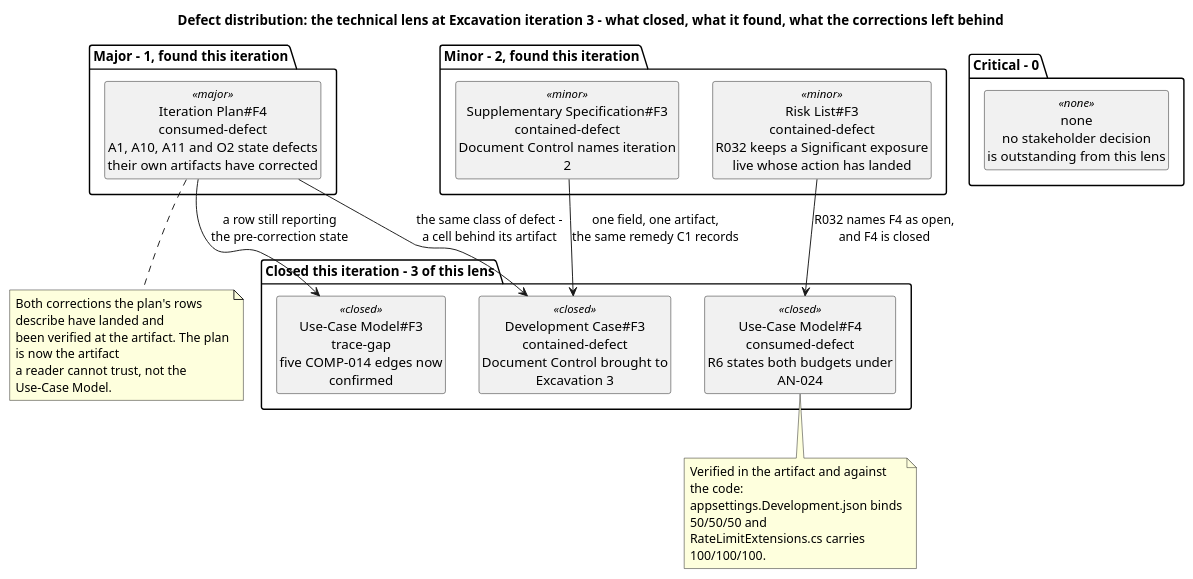
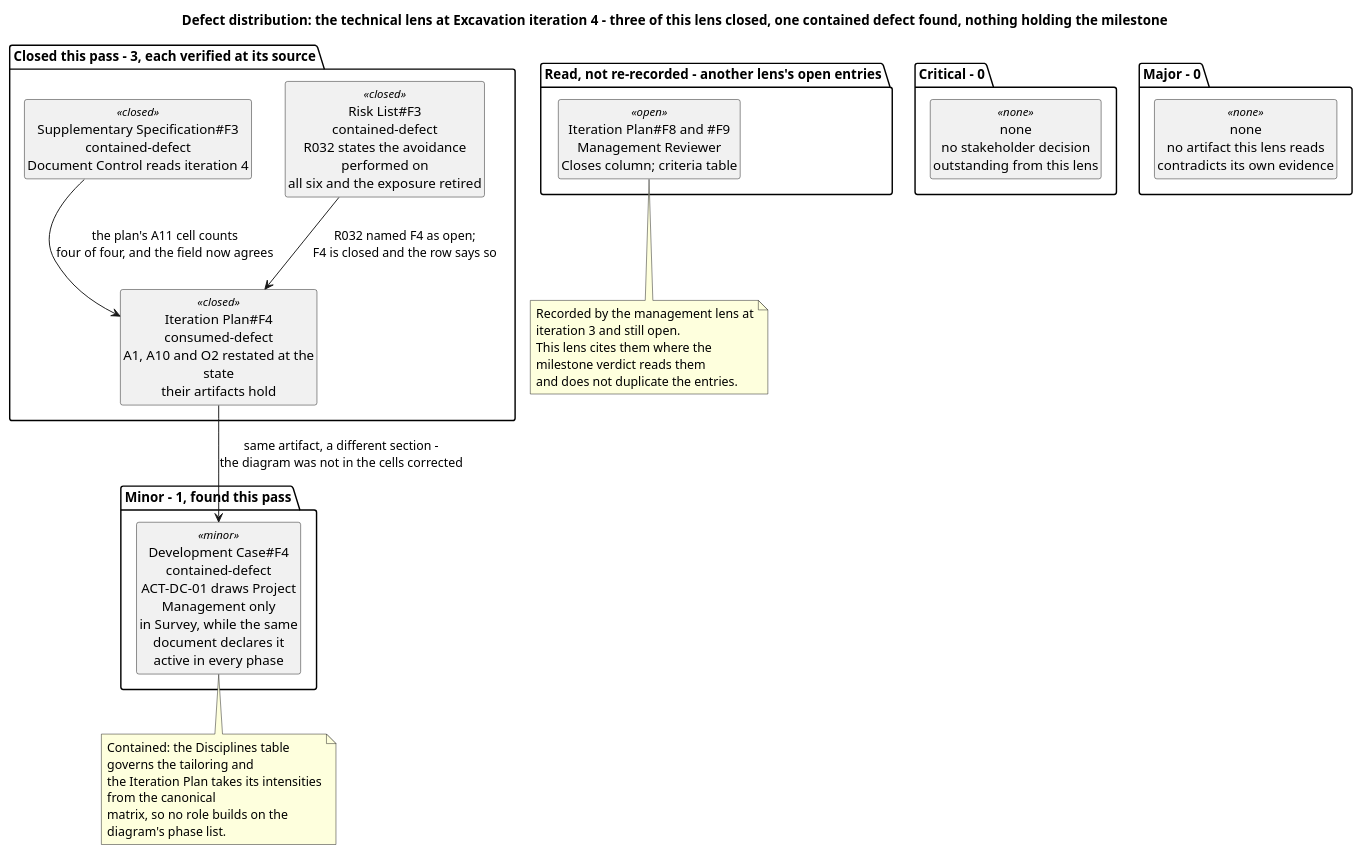
Before and after one commit to banense-test/TodoApp: the fifth of 12 diagrams in docs/artifacts/project-management/review-record.md, drawn with PlantUML. The commit also changed other lines of this file, not shown here.

First line of the commit message:
Reviewer [Excavation4]: upsert Review Record

````diff
--- a/docs/artifacts/project-management/review-record.md
+++ b/docs/artifacts/project-management/review-record.md
@@ -431,47 +427,49 @@
 ```plantuml
 @startuml
-title Defect distribution: the technical lens at Excavation iteration 3 - what closed, what it found, what the corrections left behind
+title Defect distribution: the technical lens at Excavation iteration 4 - three of this lens closed, one contained defect found, nothing holding the milestone
 
 skinparam shadowing false
 skinparam classAttributeIconSize 0
-skinparam wrapWidth 230
+skinparam wrapWidth 235
 hide circle
 hide empty members
 
 package "Critical - 0" {
-  class "none\nno stakeholder decision\nis outstanding from this lens" as NC <<none>>
+  class "none\nno stakeholder decision\noutstanding from this lens" as NC <<none>>
 }
 
-package "Major - 1, found this iteration" {
-  class "Iteration Plan#F4\nconsumed-defect\nA1, A10, A11 and O2 state defects\ntheir own artifacts have corrected" as M1 <<major>>
+package "Major - 0" {
+  class "none\nno artifact this lens reads\ncontradicts its own evidence" as NM <<none>>
 }
 
-package "Minor - 2, found this iteration" {
-  class "Risk List#F3\ncontained-defect\nR032 keeps a Significant exposure\nlive whose action has landed" as m1 <<minor>>
-  class "Supplementary Specification#F3\ncontained-defect\nDocument Control names iteration 2" as m2 <<minor>>
+package "Minor - 1, found this pass" {
+  class "Development Case#F4\ncontained-defect\nACT-DC-01 draws Project Management only\nin Survey, while the same document declares it\nactive in every phase" as m1 <<minor>>
 }
 
-package "Closed this iteration - 3 of this lens" {
-  class "Development Case#F3\ncontained-defect\nDocument Control brought to Excavation 3" as C1 <<closed>>
-  class "Use-Case Model#F3\ntrace-gap\nfive COMP-014 edges now confirmed" as C2 <<closed>>
-  class "Use-Case Model#F4\nconsumed-defect\nR6 states both budgets under AN-024" as C3 <<closed>>
+package "Closed this pass - 3, each verified at its source" {
+  class "Iteration Plan#F4\nconsumed-defect\nA1, A10 and O2 restated at the state\ntheir artifacts hold" as C1 <<closed>>
+  class "Risk List#F3\ncontained-defect\nR032 states the avoidance performed on\nall six and the exposure retired" as C2 <<closed>>
+  class "Supplementary Specification#F3\ncontained-defect\nDocument Control reads iteration 4" as C3 <<closed>>
 }
 
-M1 --> C1 : the same class of defect -\na cell behind its artifact
-M1 --> C2 : a row still reporting\nthe pre-correction state
-m1 --> C3 : R032 names F4 as open,\nand F4 is closed
-m2 --> C1 : one field, one artifact,\nthe same remedy C1 records
+package "Read, not re-recorded - another lens's open entries" {
+  class "Iteration Plan#F8 and #F9\nManagement Reviewer\nCloses column; criteria table" as O1 <<open>>
+}
 
-note bottom of M1
-  Both corrections the plan's rows describe have landed and
-  been verified at the artifact. The plan is now the artifact
-  a reader cannot trust, not the Use-Case Model.
+C1 --> m1 : same artifact, a different section -\nthe diagram was not in the cells corrected
+C2 --> C1 : R032 named F4 as open;\nF4 is closed and the row says so
+C3 --> C1 : the plan's A11 cell counts\nfour of four, and the field now agrees
+
+note bottom of m1
+  Contained: the Disciplines table governs the tailoring and
+  the Iteration Plan takes its intensities from the canonical
+  matrix, so no role builds on the diagram's phase list.
 end note
-note bottom of C3
-  Verified in the artifact and against the code:
-  appsettings.Development.json binds 50/50/50 and
-  RateLimitExtensions.cs carries 100/100/100.
+note bottom of O1
+  Recorded by the management lens at iteration 3 and still open.
+  This lens cites them where the milestone verdict reads them
+  and does not duplicate the entries.
 end note
 
 @enduml
 ```
````
